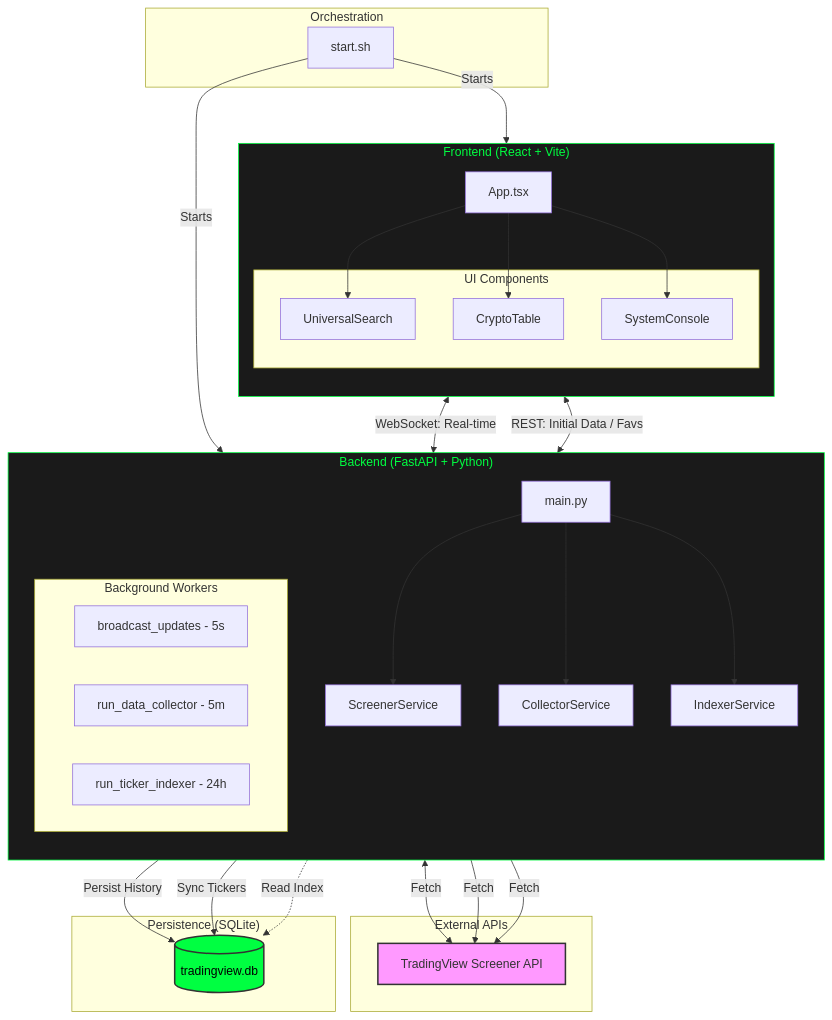
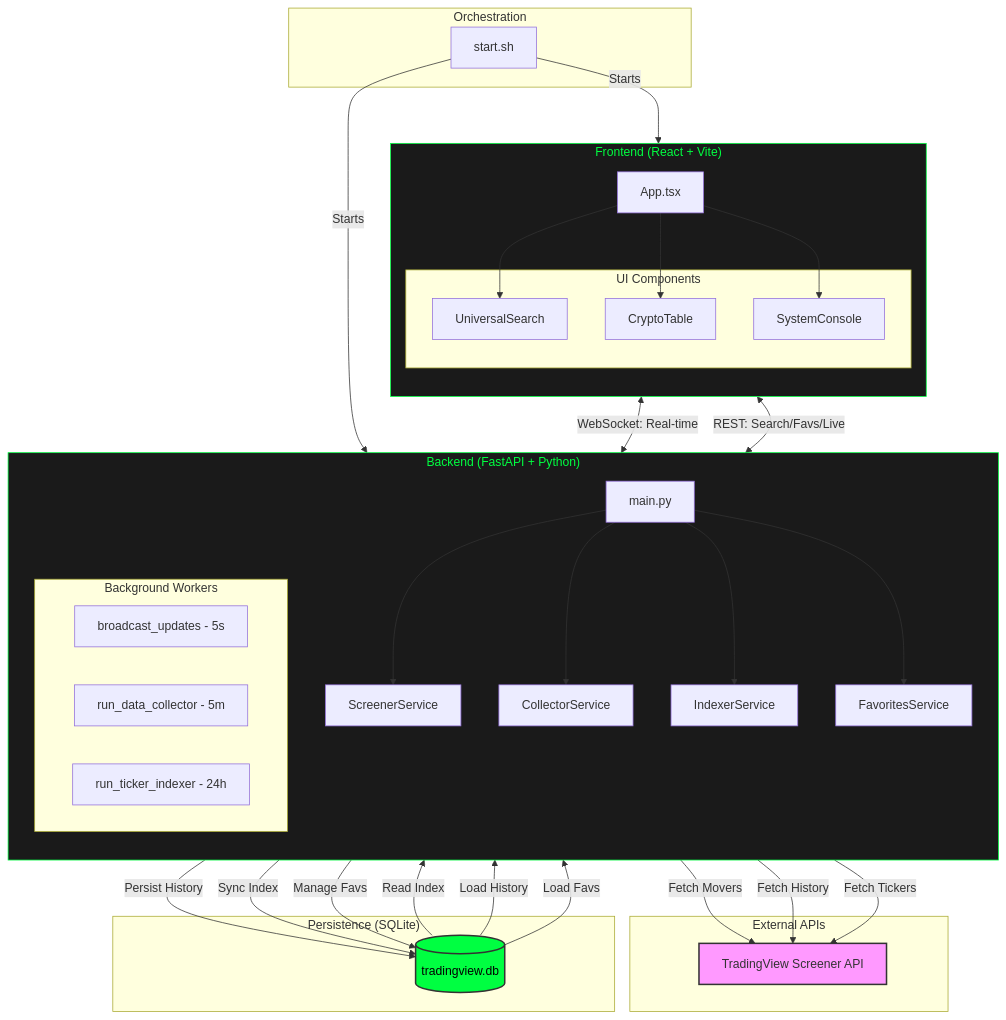
Before and after one commit to doralich/maket_trading_screener: the diagram in docs/ARCHITECTURE.md, drawn with Mermaid. The commit also changed other lines of this file and 1 other file, not shown here.

Commit message:
docs: Fix architecture diagram data flow and components

```diff
--- a/docs/ARCHITECTURE.md
+++ b/docs/ARCHITECTURE.md
@@ -23,6 +23,7 @@
         ScreenerSvc[ScreenerService]
         CollectorSvc[CollectorService]
         IndexerSvc[IndexerService]
+        FavSvc[FavoritesService]
         
         subgraph BackgroundTasks["Background Workers"]
             W1[broadcast_updates - 5s]
@@ -51,20 +52,30 @@
     SSH -->|Starts| Backend
     SSH -->|Starts| Frontend
 
-    ScreenerSvc <-->|Fetch| TV
-    CollectorSvc -->|Fetch| TV
-    IndexerSvc -->|Fetch| TV
+    %% Fetching Logic
+    ScreenerSvc -->|Fetch Movers| TV
+    CollectorSvc -->|Fetch History| TV
+    IndexerSvc -->|Fetch Tickers| TV
 
+    %% Write to DB
     CollectorSvc -->|Persist History| DB
-    IndexerSvc -->|Sync Tickers| DB
-    ScreenerSvc -.->|Read Index| DB
+    IndexerSvc -->|Sync Index| DB
+    FavSvc -->|Manage Favs| DB
 
+    %% Read from DB (Return Paths)
+    DB -->|Read Index| ScreenerSvc
+    DB -->|Load History| App
+    DB -->|Load Favs| FavSvc
+
+    %% Internal Backend Routing
     App --> ScreenerSvc
     App --> CollectorSvc
     App --> IndexerSvc
+    App --> FavSvc
 
+    %% App to Frontend
     MainApp <-->|WebSocket: Real-time| App
-    MainApp <-->|REST: Initial Data / Favs| App
+    MainApp <-->|REST: Search/Favs/Live| App
 
     MainApp --> Search
     MainApp --> Table
```
